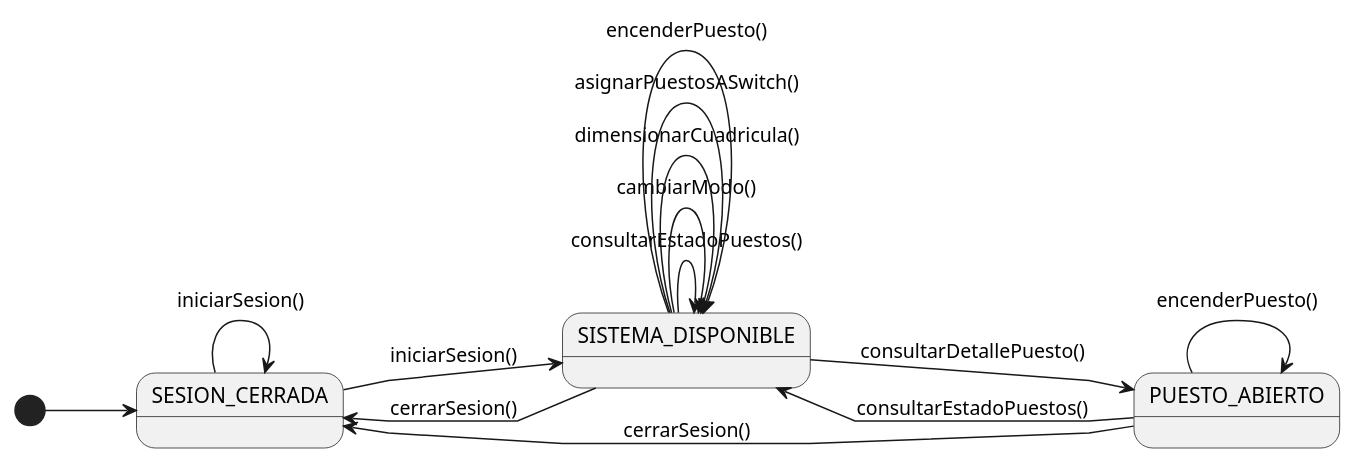
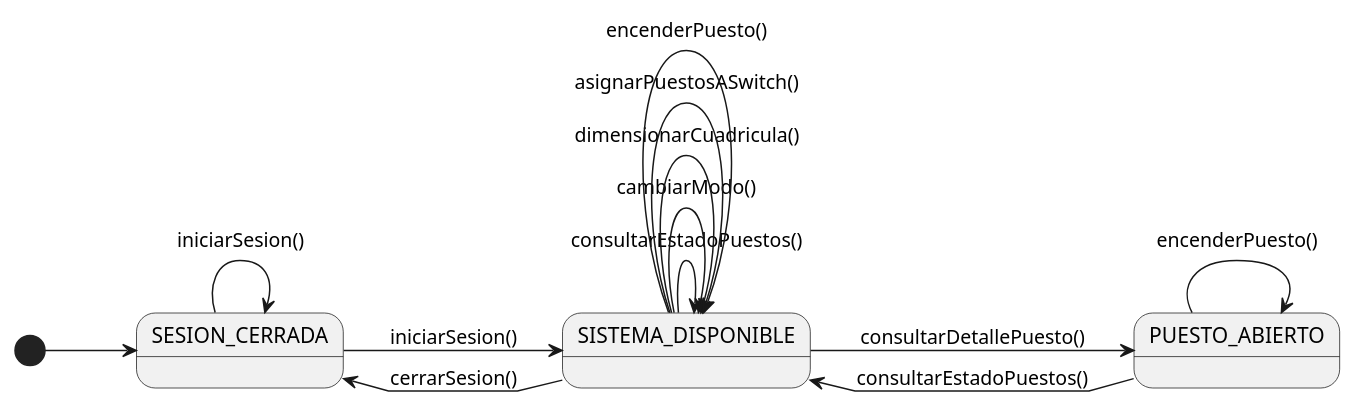
Before and after one commit to Carlos-Lima2510/mesh-panel: the diagram in RUP/01-requisitos/00-actores-casos-uso/diagrama-de-contexto.puml, drawn with PlantUML. The commit also changed 2 other files, not shown here.

Commit message:
docs(rup): eliminar transicion ficticia de cerrarSesion desde PUESTO_ABIERTO

```diff
--- a/RUP/01-requisitos/00-actores-casos-uso/diagrama-de-contexto.puml
+++ b/RUP/01-requisitos/00-actores-casos-uso/diagrama-de-contexto.puml
@@ -1,28 +1,27 @@
 @startuml diagramaContextoAdmin
 
 left to right direction
 skinparam linetype polyline
 
 state SESION_CERRADA
 state SISTEMA_DISPONIBLE
 state PUESTO_ABIERTO
 
 [*] --> SESION_CERRADA
 
 SESION_CERRADA --> SISTEMA_DISPONIBLE : iniciarSesion()
 SESION_CERRADA --> SESION_CERRADA : iniciarSesion()
 SISTEMA_DISPONIBLE --> SESION_CERRADA : cerrarSesion()
 
 SISTEMA_DISPONIBLE --> SISTEMA_DISPONIBLE : consultarEstadoPuestos()
 SISTEMA_DISPONIBLE --> SISTEMA_DISPONIBLE : cambiarModo()
 SISTEMA_DISPONIBLE --> SISTEMA_DISPONIBLE : dimensionarCuadricula()
 SISTEMA_DISPONIBLE --> SISTEMA_DISPONIBLE : asignarPuestosASwitch()
 SISTEMA_DISPONIBLE --> SISTEMA_DISPONIBLE : encenderPuesto()
 
 SISTEMA_DISPONIBLE --> PUESTO_ABIERTO : consultarDetallePuesto()
 
 PUESTO_ABIERTO --> SISTEMA_DISPONIBLE : consultarEstadoPuestos()
 PUESTO_ABIERTO --> PUESTO_ABIERTO : encenderPuesto()
-PUESTO_ABIERTO --> SESION_CERRADA : cerrarSesion()
 
 @enduml
```
